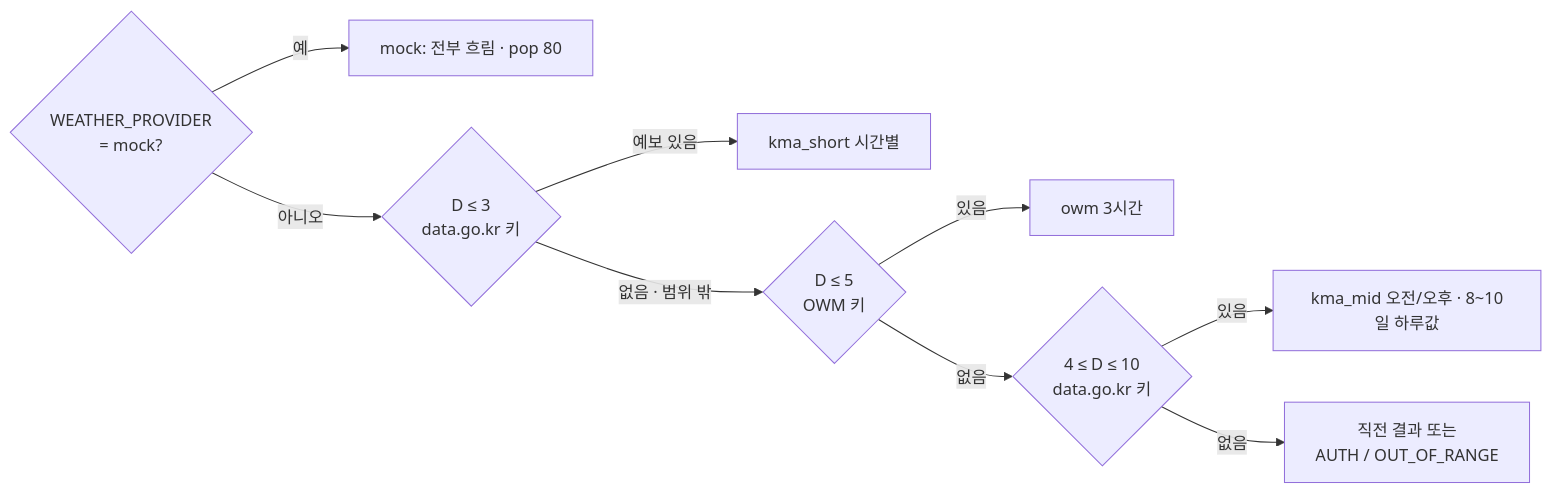
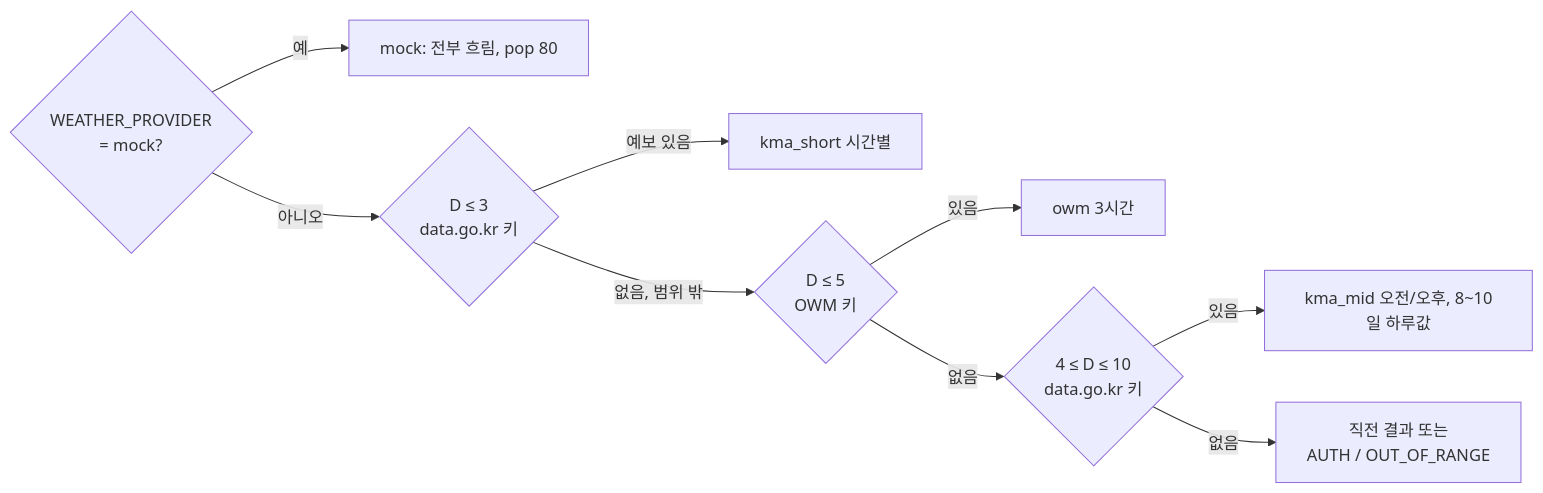
One commit to bnbong/Astrowatch changed the second of 3 diagrams in docs/TOOL_SPEC.md. Above: the diagram before and after it, drawn with Mermaid. The commit also changed other lines of this file and 99 other files, not shown here.

````diff
--- a/docs/TOOL_SPEC.md
+++ b/docs/TOOL_SPEC.md
@@ -155,11 +155,11 @@
 ```mermaid
 flowchart LR
-  M{WEATHER_PROVIDER<br/>= mock?} -->|예| MK[mock: 전부 흐림 · pop 80]
+  M{WEATHER_PROVIDER<br/>= mock?} -->|예| MK[mock: 전부 흐림, pop 80]
   M -->|아니오| S{D ≤ 3<br/>data.go.kr 키}
   S -->|예보 있음| KS[kma_short 시간별]
-  S -->|없음 · 범위 밖| O{D ≤ 5<br/>OWM 키}
+  S -->|없음, 범위 밖| O{D ≤ 5<br/>OWM 키}
   O -->|있음| OW[owm 3시간]
   O -->|없음| MD{4 ≤ D ≤ 10<br/>data.go.kr 키}
-  MD -->|있음| KM[kma_mid 오전/오후 · 8~10일 하루값]
+  MD -->|있음| KM[kma_mid 오전/오후, 8~10일 하루값]
   MD -->|없음| X[직전 결과 또는<br/>AUTH / OUT_OF_RANGE]
 ```
````
